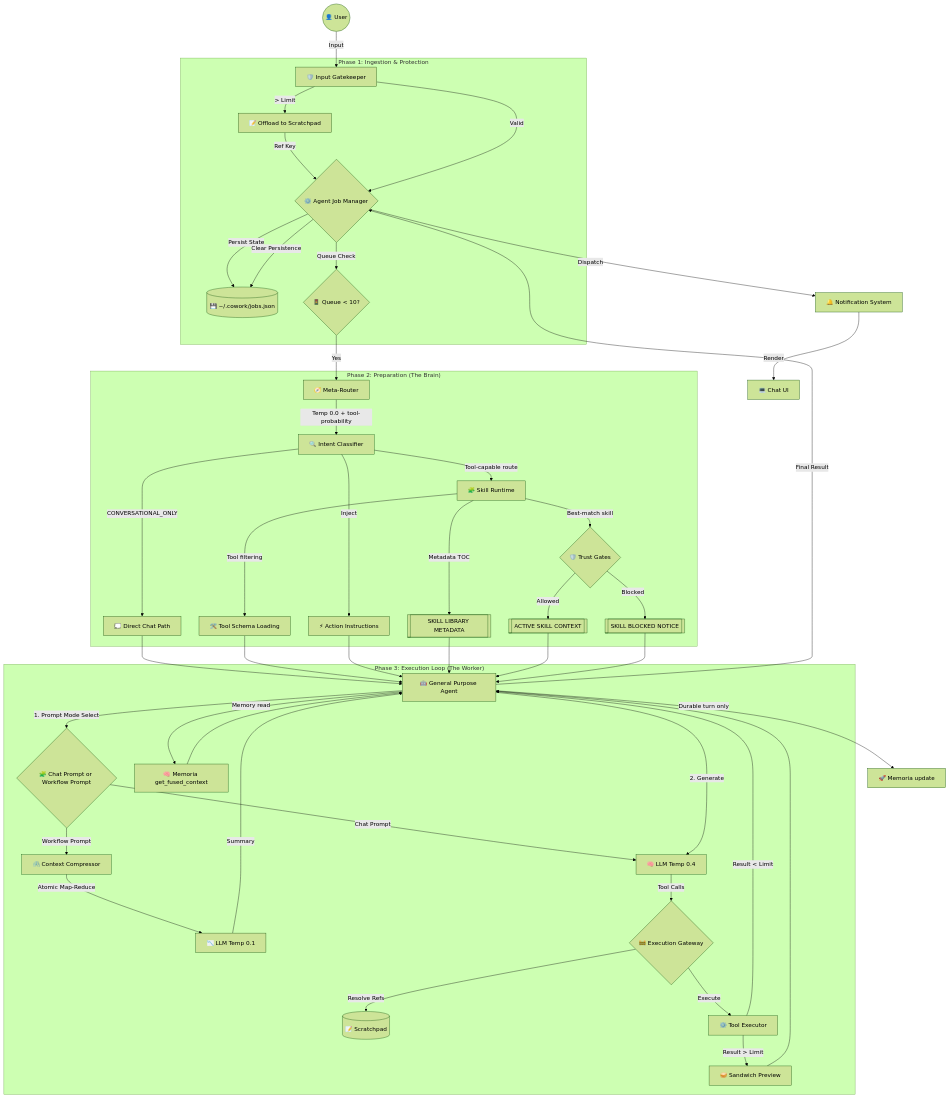
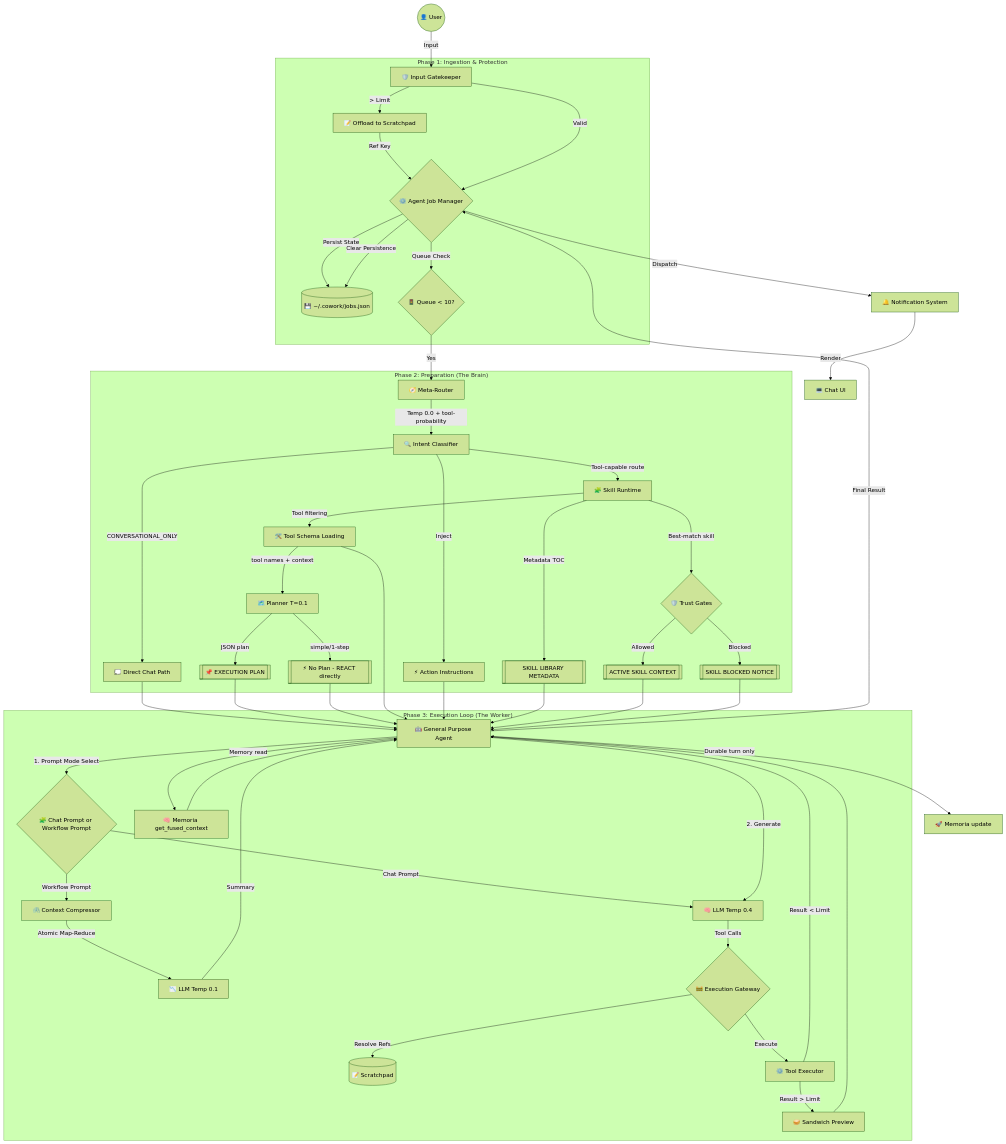
One commit to rzafiamy/cowork changed the diagram in docs/agentic/Overview.md. Above: the diagram before and after it, drawn with Mermaid (forest theme). The commit also changed other lines of this file and 9 other files, not shown here.

````diff
--- a/docs/agentic/Overview.md
+++ b/docs/agentic/Overview.md
@@ -37,59 +37,64 @@
 ```mermaid
 graph TD
     User((👤 User)) -->|Input| Gatekeeper[🛡️ Input Gatekeeper]
 
     subgraph "Phase 1: Ingestion & Protection"
         Gatekeeper -- "> Limit" --> Offload[📝 Offload to Scratchpad]
         Offload -->|Ref Key| JobMgr
         Gatekeeper -- "Valid" --> JobMgr{⚙️ Agent Job Manager}
         
         JobMgr -->|Persist State| Storage[(💾 ~/.cowork/jobs.json)]
         JobMgr -->|Queue Check| Queue{"🚦 Queue < 10?"}
     end
 
     subgraph "Phase 2: Preparation (The Brain)"
         Queue -- Yes --> Router[🧭 Meta-Router]
         Router -->|Temp 0.0 + tool-probability| Classifier[🔍 Intent Classifier]
         Classifier -->|CONVERSATIONAL_ONLY| ChatPath[💭 Direct Chat Path]
         Classifier -->|Tool-capable route| SkillRuntime[🧩 Skill Runtime]
         SkillRuntime -->|Metadata TOC| SkillMeta[[SKILL LIBRARY METADATA]]
         SkillRuntime -->|Best-match skill| TrustGate{🛡️ Trust Gates}
         TrustGate -->|Allowed| SkillCtx[[ACTIVE SKILL CONTEXT]]
         TrustGate -->|Blocked| SkillBlocked[[SKILL BLOCKED NOTICE]]
         SkillRuntime -->|Tool filtering| Tools[🛠️ Tool Schema Loading]
         Classifier -->|Inject| Actions[⚡ Action Instructions]
+        Tools -->|tool names + context| Planner[🗺️ Planner T=0.1]
+        Planner -->|JSON plan| PlanText[[📌 EXECUTION PLAN]]
+        Planner -->|simple/1-step| PlanSkip[[⚡ No Plan - REACT directly]]
     end
 
     subgraph "Phase 3: Execution Loop (The Worker)"
         ChatPath --> Agent
+        PlanText --> Agent
+        PlanSkip --> Agent
         Tools --> Agent[🤖 General Purpose Agent]
         Actions --> Agent
         SkillMeta --> Agent
         SkillCtx --> Agent
         SkillBlocked --> Agent
 
         Agent -->|1. Prompt Mode Select| PromptSplit{🧩 Chat Prompt or Workflow Prompt}
         Agent -->|Memory read| MemRead[🧠 Memoria get_fused_context]
         PromptSplit -->|Workflow Prompt| Compressor[🖇️ Context Compressor]
         PromptSplit -->|Chat Prompt| LLM_G
         Compressor -- "Atomic Map-Reduce" --> LLM_S[📉 LLM Temp 0.1]
         LLM_S -->|Summary| Agent
         MemRead --> Agent
 
         Agent -->|2. Generate| LLM_G[🧠 LLM Temp 0.4]
         LLM_G -->|Tool Calls| Gateway{🚧 Execution Gateway}
         
         Gateway -->|Resolve Refs| SP[(📝 Scratchpad)]
         Gateway -->|Execute| Executor[⚙️ Tool Executor]
         
         Executor -- "Result > Limit" --> Sandwich[🥪 Sandwich Preview]
         Sandwich --> Agent
         Executor -- "Result < Limit" --> Agent
     end
 
     Agent -->|Final Result| JobMgr
     Agent -->|Durable turn only| MemWrite[🚀 Memoria update]
     JobMgr -->|Clear Persistence| Storage
     JobMgr -->|Dispatch| Notification[🔔 Notification System]
     Notification -->|Render| UI[💻 Chat UI]
 ```
````
